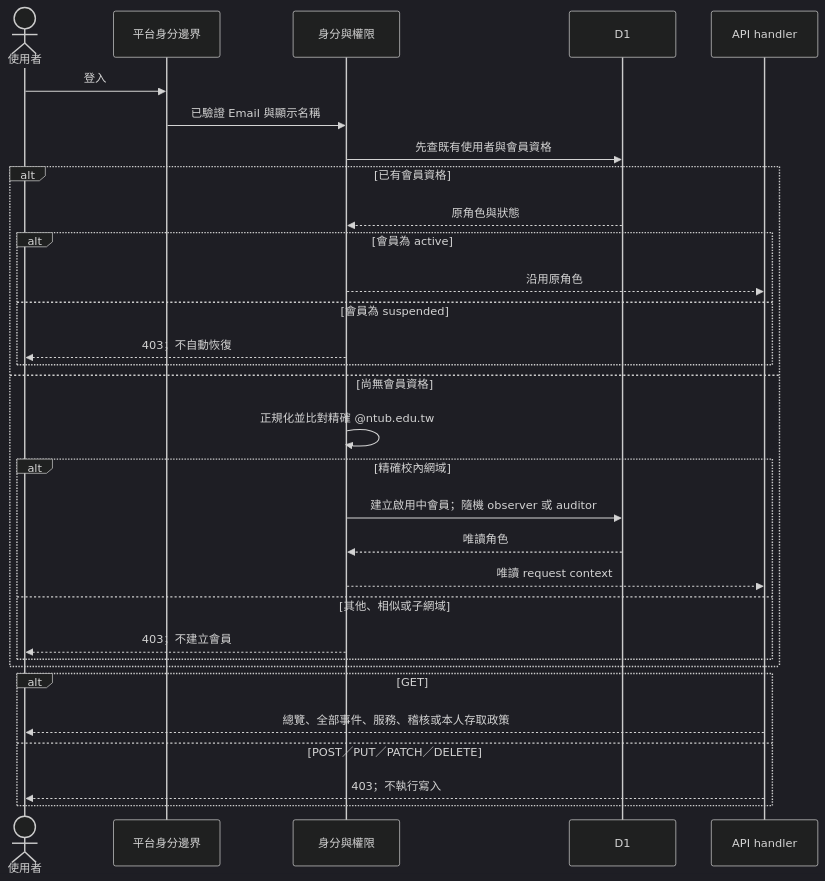
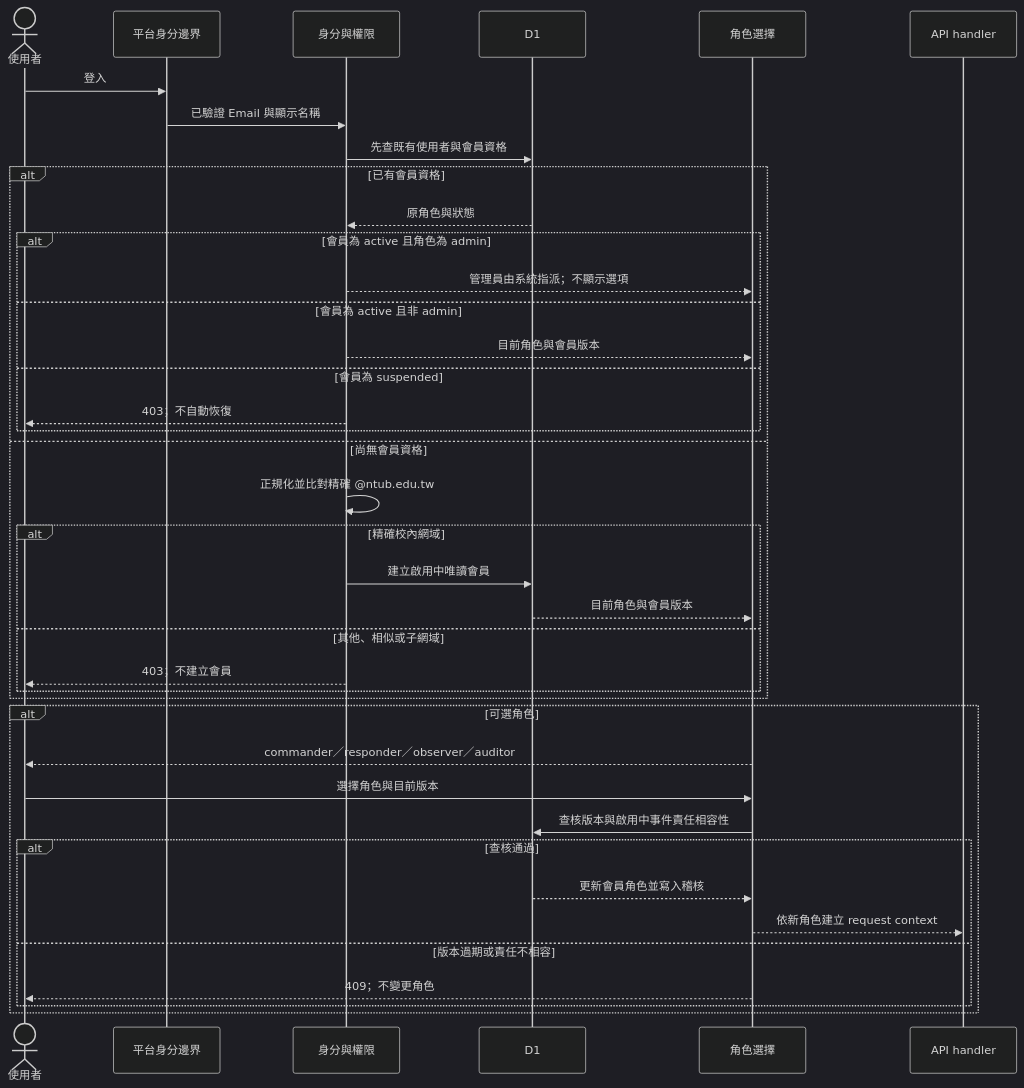
One commit to KennethWYLee/recovery changed the first of 5 diagrams in docs/architecture/core-request-sequences.md. Above: the diagram before and after it, drawn with Mermaid (dark theme). The commit also changed other lines of this file and 35 other files, not shown here.

````diff
--- a/docs/architecture/core-request-sequences.md
+++ b/docs/architecture/core-request-sequences.md
@@ -8,34 +8,42 @@
 ```mermaid
 sequenceDiagram
     actor U as 使用者
     participant E as 平台身分邊界
     participant A as 身分與權限
     participant D as D1
+    participant R as 角色選擇
     participant H as API handler
 
     U->>E: 登入
     E->>A: 已驗證 Email 與顯示名稱
     A->>D: 先查既有使用者與會員資格
     alt 已有會員資格
       D-->>A: 原角色與狀態
-      alt 會員為 active
-        A-->>H: 沿用原角色
+      alt 會員為 active 且角色為 admin
+        A-->>R: 管理員由系統指派；不顯示選項
+      else 會員為 active 且非 admin
+        A-->>R: 目前角色與會員版本
       else 會員為 suspended
         A-->>U: 403；不自動恢復
       end
     else 尚無會員資格
       A->>A: 正規化並比對精確 @ntub.edu.tw
       alt 精確校內網域
-        A->>D: 建立啟用中會員；隨機 observer 或 auditor
-        D-->>A: 唯讀角色
-        A-->>H: 唯讀 request context
+        A->>D: 建立啟用中唯讀會員
+        D-->>R: 目前角色與會員版本
       else 其他、相似或子網域
         A-->>U: 403；不建立會員
       end
     end
-    alt GET
-      H-->>U: 總覽、全部事件、服務、稽核或本人存取政策
-    else POST／PUT／PATCH／DELETE
-      H-->>U: 403；不執行寫入
+    alt 可選角色
+      R-->>U: commander／responder／observer／auditor
+      U->>R: 選擇角色與目前版本
+      R->>D: 查核版本與啟用中事件責任相容性
+      alt 查核通過
+        D-->>R: 更新會員角色並寫入稽核
+        R-->>H: 依新角色建立 request context
+      else 版本過期或責任不相容
+        R-->>U: 409；不變更角色
+      end
     end
 ```
````
